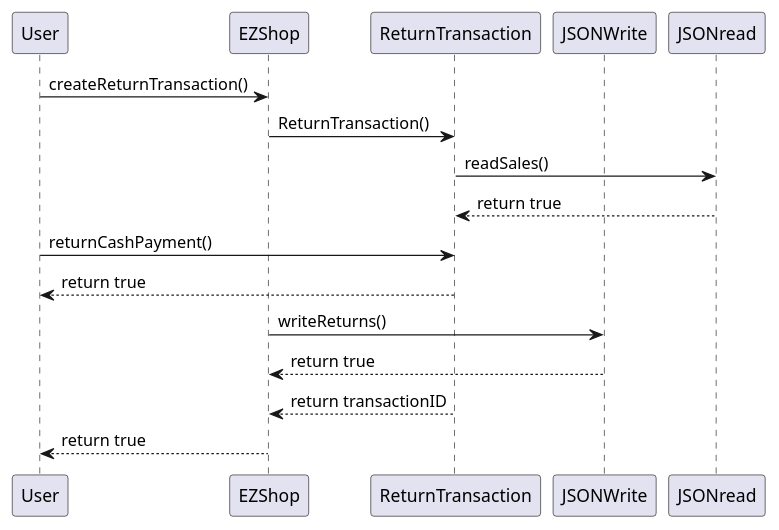
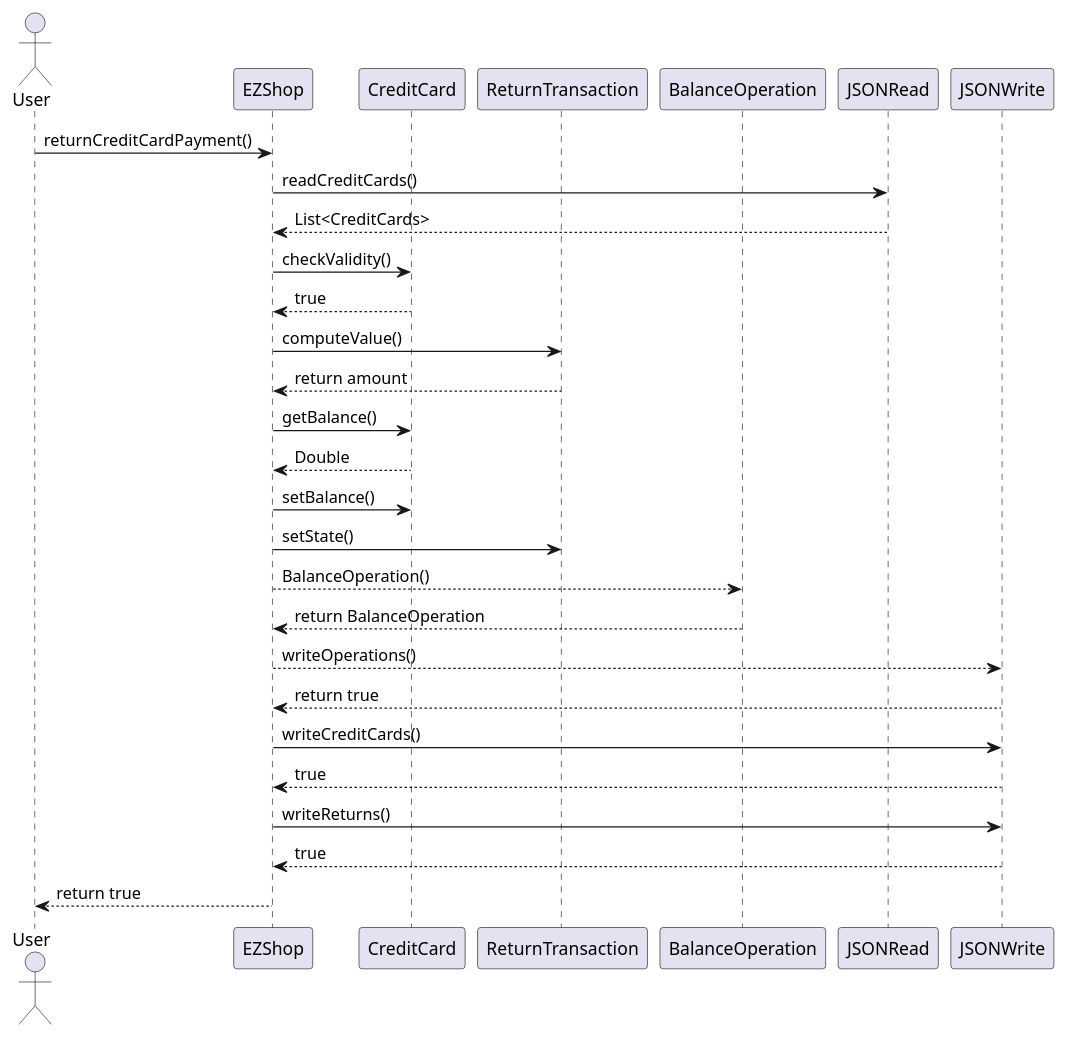
Diagram 21 of 21 in Deliverables/DesignDocument.md (giuseppesalvi/ezshop), drawn with PlantUML before and after one commit. The commit also changed other lines of this file, not shown here.

Commit message:
Update DesignDocument.md: sequence diagrams

````diff
--- a/Deliverables/DesignDocument.md
+++ b/Deliverables/DesignDocument.md
@@ -618,19 +650,29 @@
 ```plantuml
 @startuml
-participant User
+actor User
 participant EZShop
+participant CreditCard
 participant ReturnTransaction
-participant JSONWrite
-participant JSONread
-User -> EZShop : createReturnTransaction()
-EZShop -> ReturnTransaction : ReturnTransaction()
-ReturnTransaction -> JSONread : readSales()
-ReturnTransaction <-- JSONread : return true
-User -> ReturnTransaction : returnCashPayment()
-User <-- ReturnTransaction : return true
+participant BalanceOperation
+User -> EZShop : returnCreditCardPayment()
+EZShop -> JSONRead : readCreditCards()
+EZShop <-- JSONRead : List<CreditCards>
+EZShop -> CreditCard : checkValidity()
+EZShop <-- CreditCard : true
+EZShop -> ReturnTransaction : computeValue()
+EZShop <-- ReturnTransaction : return amount
+EZShop -> CreditCard : getBalance()
+EZShop <-- CreditCard : Double
+EZShop -> CreditCard : setBalance()
+EZShop -> ReturnTransaction : setState()
+EZShop --> BalanceOperation : BalanceOperation()
+EZShop <-- BalanceOperation : return BalanceOperation
+EZShop --> JSONWrite : writeOperations()
+EZShop <-- JSONWrite : return true
+EZShop -> JSONWrite : writeCreditCards()
+EZShop <-- JSONWrite : true
 EZShop -> JSONWrite : writeReturns()
-EZShop <-- JSONWrite : return true
-EZShop <-- ReturnTransaction : return transactionID
+EZShop <-- JSONWrite : true
 User <-- EZShop : return true
 @enduml
 ```
````
